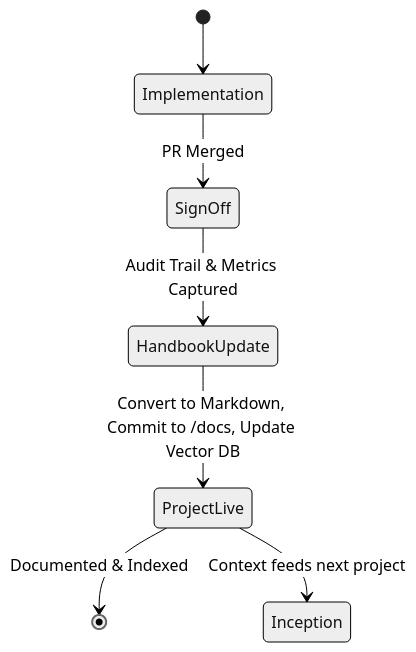
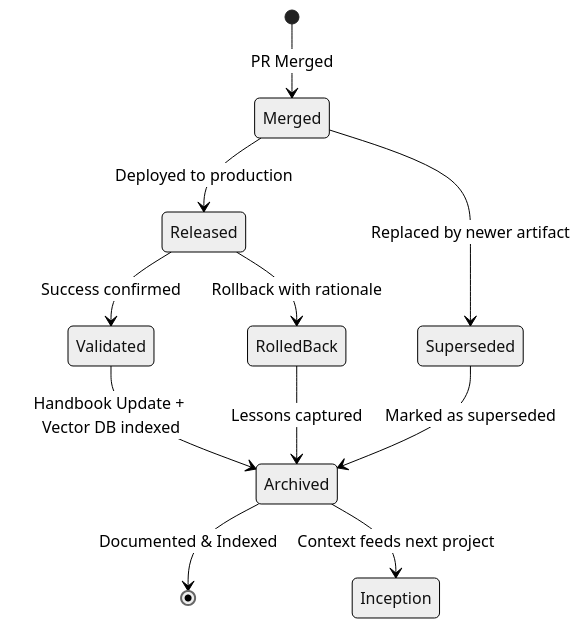
Before and after one commit to ckmonish2000/Garfield: the fifth of 9 diagrams in docs/architecture.md, drawn with Mermaid (neutral theme). The commit also changed other lines of this file and 1 other file, not shown here.

Commit message:
feat: update the architecture to make it more robust and detailed

````diff
--- a/docs/architecture.md
+++ b/docs/architecture.md
@@ -180,9 +281,13 @@
 ```mermaid
 stateDiagram-v2
-    [*] --> Implementation
-    Implementation --> SignOff : PR Merged
-    SignOff --> HandbookUpdate : Audit Trail & Metrics Captured
-    HandbookUpdate --> ProjectLive : Convert to Markdown, Commit to /docs, Update Vector DB
-    ProjectLive --> [*] : Documented & Indexed
-    ProjectLive --> Inception : Context feeds next project
+    [*] --> Merged : PR Merged
+    Merged --> Released : Deployed to production
+    Released --> Validated : Success confirmed
+    Released --> RolledBack : Rollback with rationale
+    Merged --> Superseded : Replaced by newer artifact
+    Validated --> Archived : Handbook Update + Vector DB indexed
+    RolledBack --> Archived : Lessons captured
+    Superseded --> Archived : Marked as superseded
+    Archived --> [*] : Documented & Indexed
+    Archived --> Inception : Context feeds next project
 ```
````
